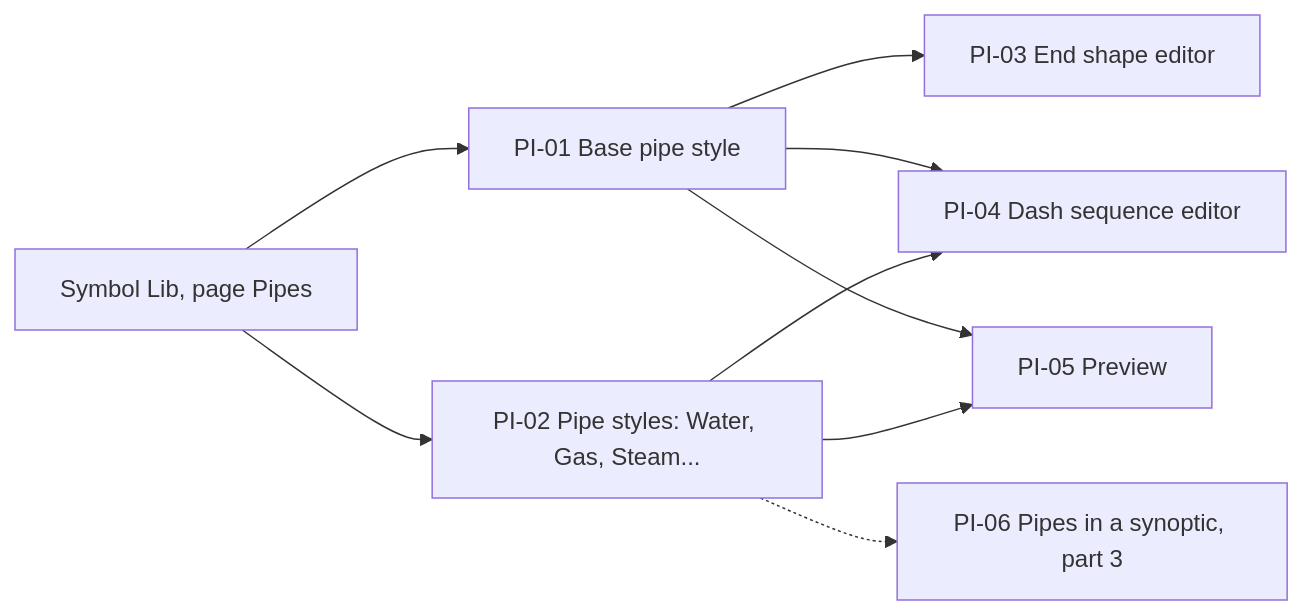
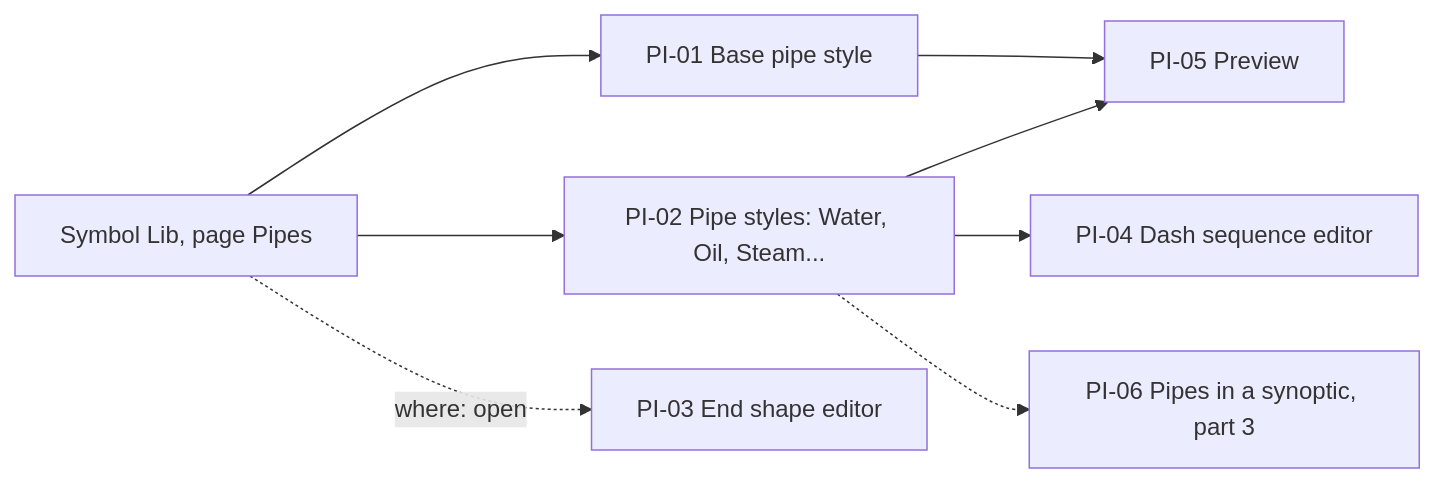
The first of 8 diagrams in screens/pipes.md (AlexandreGallais/synoptic-studio-spec), drawn with Mermaid before and after one commit. The commit also changed other lines of this file and 12 other files, not shown here.

First line of the commit message:
docs(pipes): move fills to pipe styles and add built-in enums

````diff
--- a/screens/pipes.md
+++ b/screens/pipes.md
@@ -9,11 +9,10 @@
 ```mermaid
 flowchart LR
     LIB["Symbol Lib, page Pipes"] --> BASE["PI-01 Base pipe style"]
-    LIB --> STY["PI-02 Pipe styles: Water, Gas, Steam..."]
-    BASE --> END["PI-03 End shape editor"]
-    BASE --> DASH["PI-04 Dash sequence editor"]
-    STY --> DASH
+    LIB --> STY["PI-02 Pipe styles: Water, Oil, Steam..."]
+    LIB -.->|"where: open"| END["PI-03 End shape editor"]
+    STY --> DASH["PI-04 Dash sequence editor"]
     BASE --> PRE["PI-05 Preview"]
     STY --> PRE
     STY -.-> SYN["PI-06 Pipes in a synoptic, part 3"]
 ```
````
